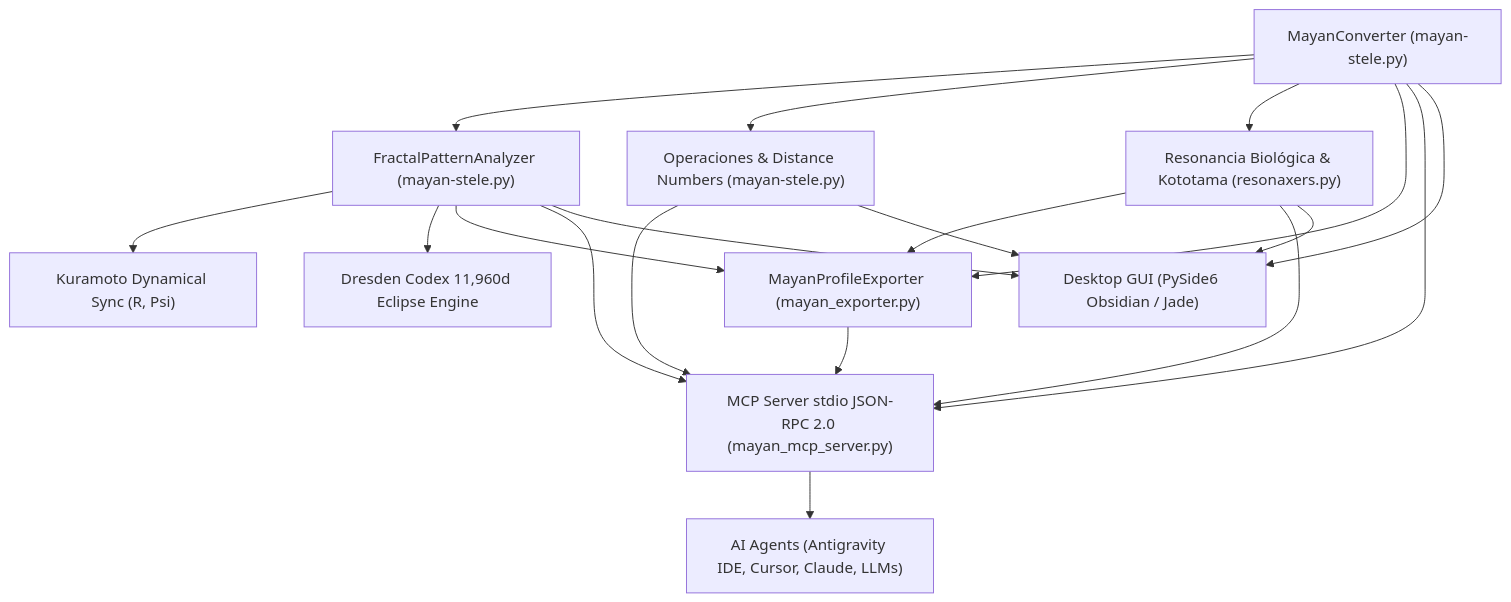
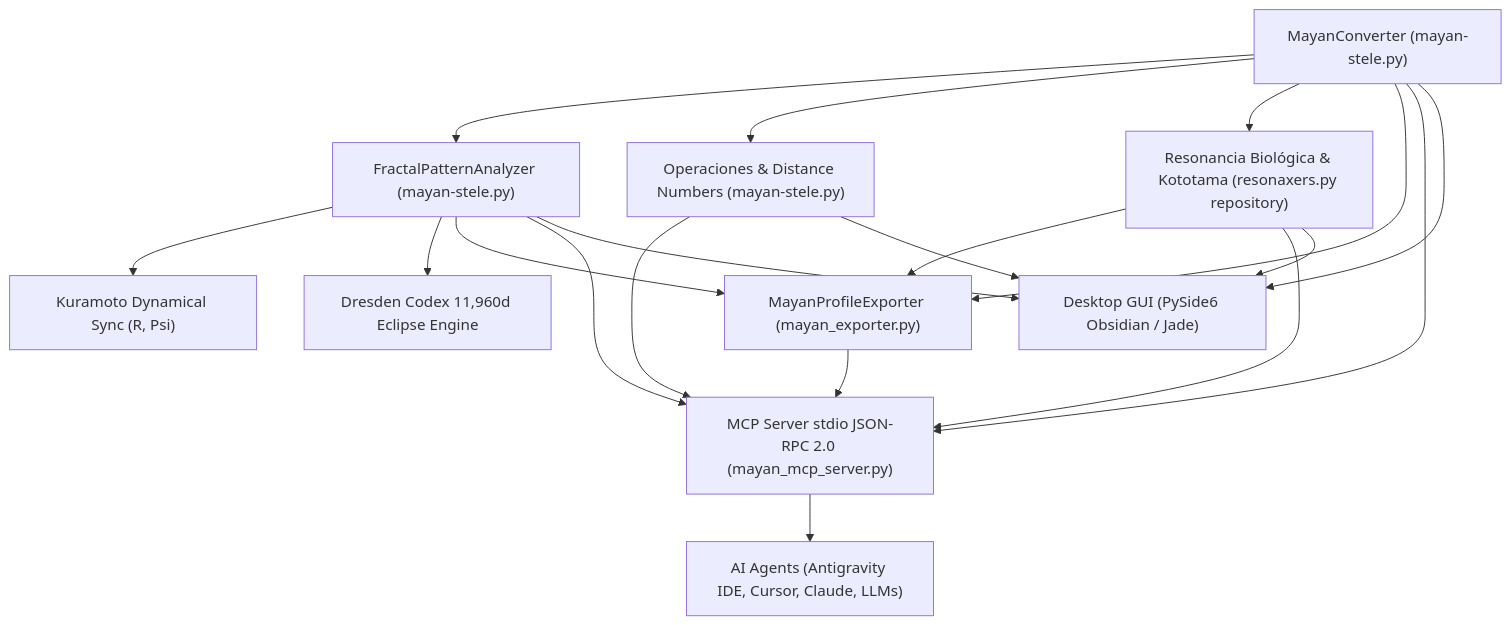
Before and after one commit to plantacerium/MayanCalendar: the first of 2 diagrams in README.md, drawn with Mermaid.

````diff
--- a/README.md
+++ b/README.md
@@ -72,21 +72,21 @@
 ```mermaid
 graph TD
     A["MayanConverter (mayan-stele.py)"] --> B["FractalPatternAnalyzer (mayan-stele.py)"]
     A --> D["Operaciones & Distance Numbers (mayan-stele.py)"]
-    A --> E["Resonancia Biológica & Kototama (resonaxers.py)"]
+    A --> E["Resonancia Biológica & Kototama (resonaxers.py repository)"]
     B --> F["Kuramoto Dynamical Sync (R, Psi)"]
     B --> G["Dresden Codex 11,960d Eclipse Engine"]
     A --> H["MayanProfileExporter (mayan_exporter.py)"]
     B --> H
     E --> H
     A --> C["MCP Server stdio JSON-RPC 2.0 (mayan_mcp_server.py)"]
     B --> C
     D --> C
     E --> C
     H --> C
     C --> I["AI Agents (Antigravity IDE, Cursor, Claude, LLMs)"]
     A --> J["Desktop GUI (PySide6 Obsidian / Jade)"]
     B --> J
     D --> J
     E --> J
 ```
````
